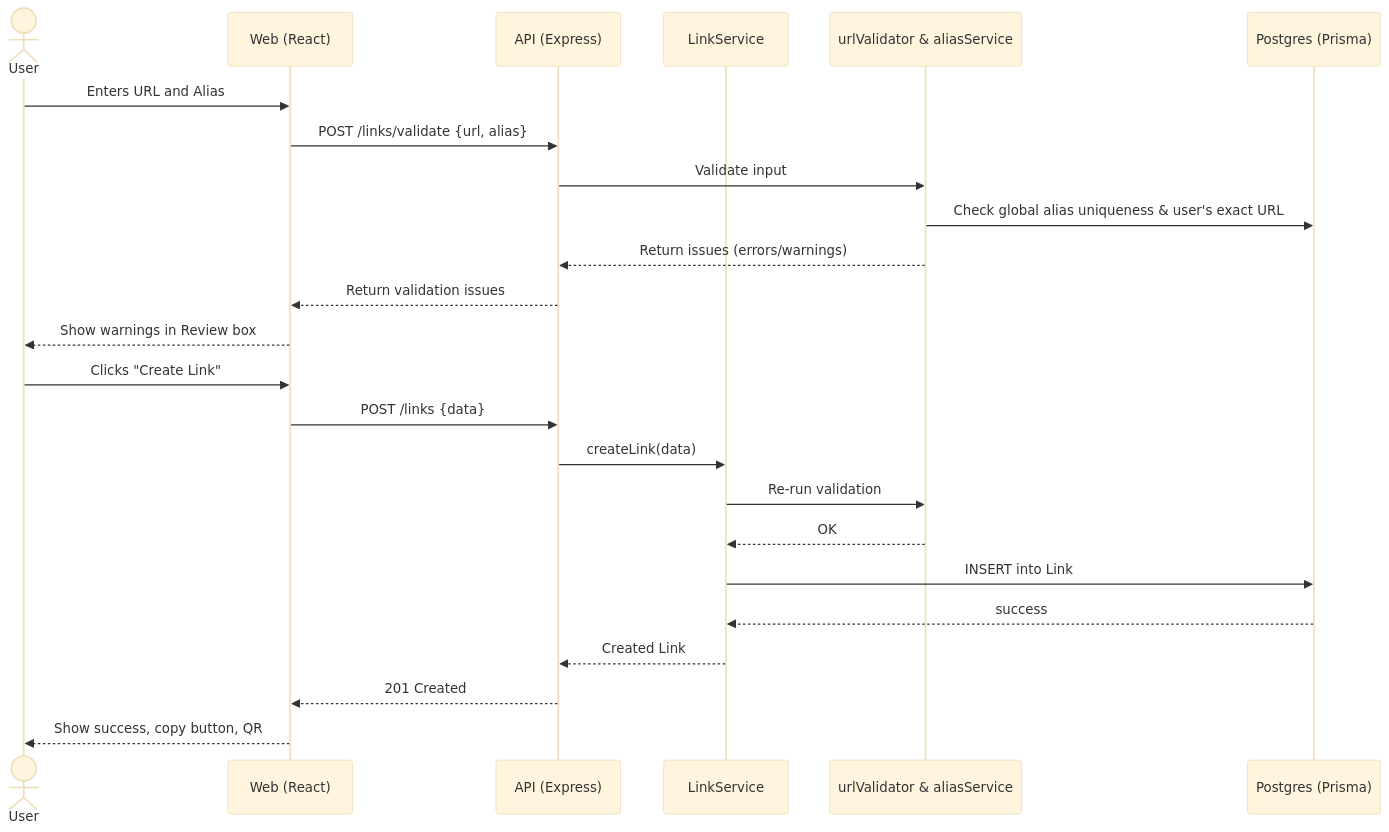
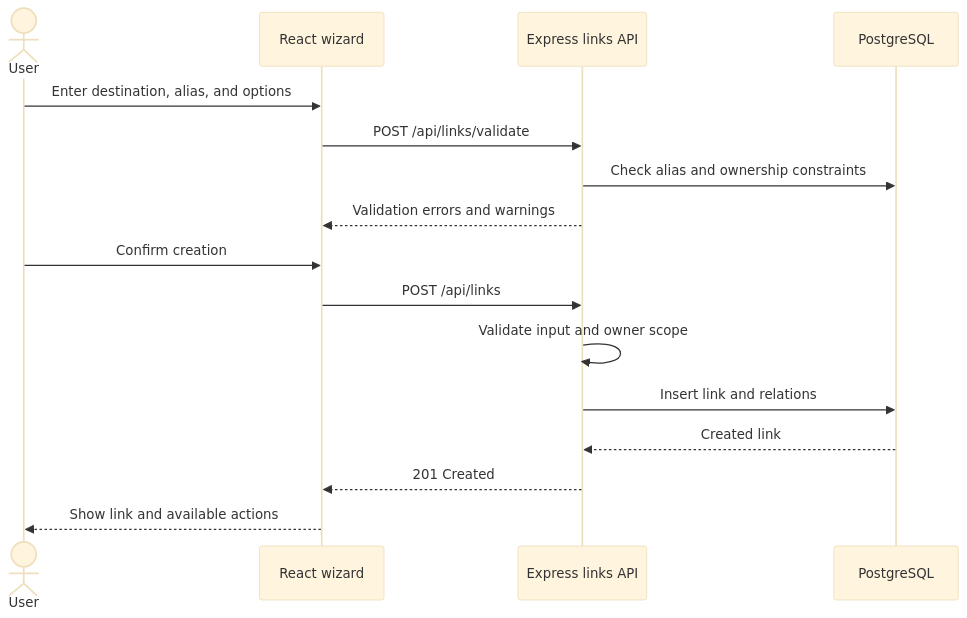
Before and after one commit to priyanshubishtme/pulse: the first of 5 diagrams in docs/design/04-sequence-diagrams.md, drawn with Mermaid (base theme). The commit also changed other lines of this file and 51 other files, not shown here.

````diff
--- a/docs/design/04-sequence-diagrams.md
+++ b/docs/design/04-sequence-diagrams.md
@@ -5,27 +19,18 @@
 ```mermaid
 sequenceDiagram
     actor User
-    participant Web as Web (React)
-    participant API as API (Express)
-    participant LinkService
-    participant Validator as urlValidator & aliasService
-    participant DB as Postgres (Prisma)
-
-    User->>Web: Enters URL and Alias
-    Web->>API: POST /links/validate {url, alias}
-    API->>Validator: Validate input
-    Validator->>DB: Check global alias uniqueness & user's exact URL
-    Validator-->>API: Return issues (errors/warnings)
-    API-->>Web: Return validation issues
-    Web-->>User: Show warnings in Review box
-    User->>Web: Clicks "Create Link"
-    Web->>API: POST /links {data}
-    API->>LinkService: createLink(data)
-    LinkService->>Validator: Re-run validation
-    Validator-->>LinkService: OK
-    LinkService->>DB: INSERT into Link
-    DB-->>LinkService: success
-    LinkService-->>API: Created Link
+    participant Web as React wizard
+    participant API as Express links API
+    participant DB as PostgreSQL
+    User->>Web: Enter destination, alias, and options
+    Web->>API: POST /api/links/validate
+    API->>DB: Check alias and ownership constraints
+    API-->>Web: Validation errors and warnings
+    User->>Web: Confirm creation
+    Web->>API: POST /api/links
+    API->>API: Validate input and owner scope
+    API->>DB: Insert link and relations
+    DB-->>API: Created link
     API-->>Web: 201 Created
-    Web-->>User: Show success, copy button, QR
+    Web-->>User: Show link and available actions
 ```
````
